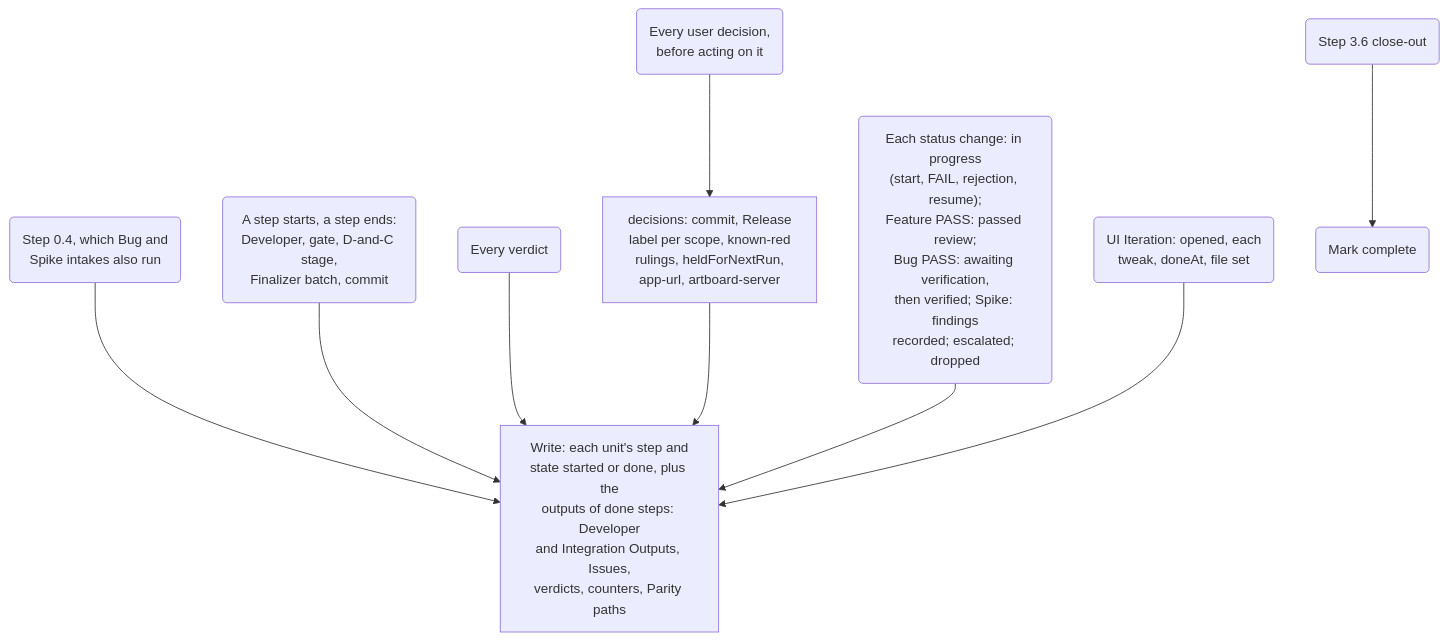
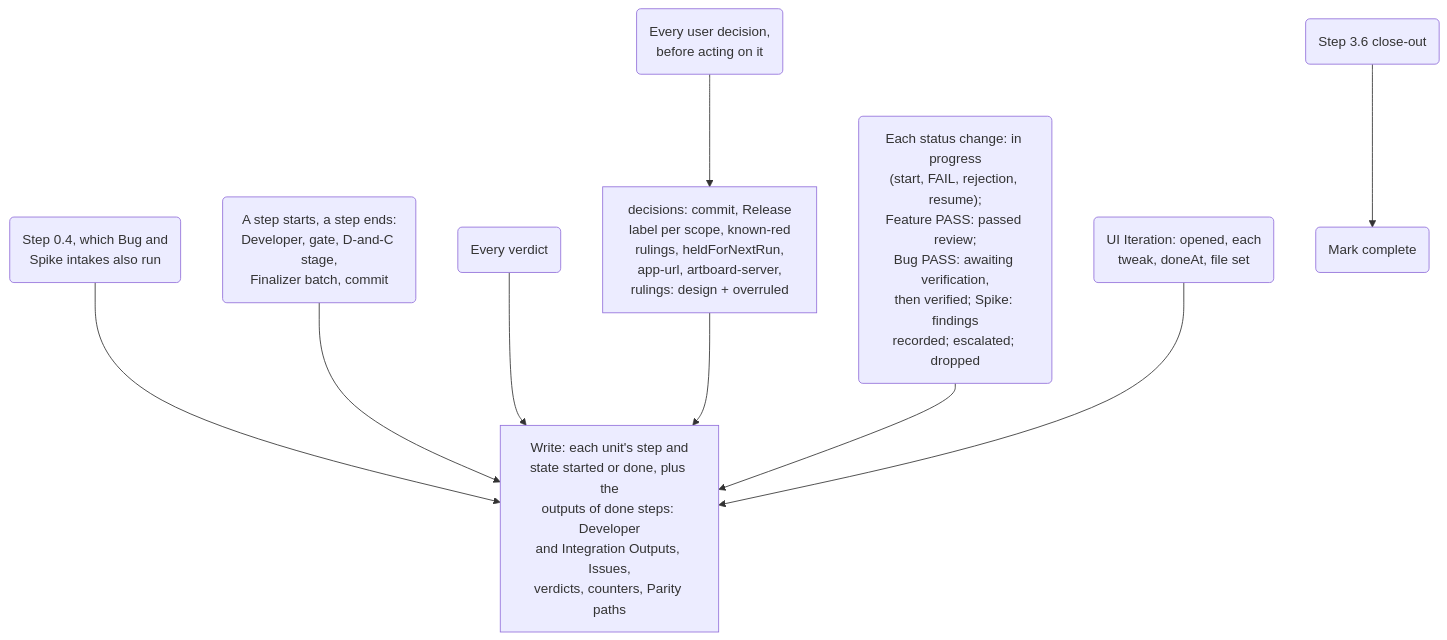
The first of 2 diagrams in skills/plugin-orchestrator-development-pattern/mermaid/13-run-state-and-resume.md (muhammedalikhan86/claude-stash), drawn with Mermaid before and after one commit. The commit also changed other lines of this file and 32 other files, not shown here.

````diff
--- a/skills/plugin-orchestrator-development-pattern/mermaid/13-run-state-and-resume.md
+++ b/skills/plugin-orchestrator-development-pattern/mermaid/13-run-state-and-resume.md
@@ -8,12 +8,12 @@
 ```mermaid
 flowchart TD
     E1("Step 0.4, which Bug and<br/>Spike intakes also run") --> W
     E2("A step starts, a step ends:<br/>Developer, gate, D-and-C stage,<br/>Finalizer batch, commit") --> W
     E3("Every verdict") --> W
-    E4("Every user decision,<br/>before acting on it") --> D["decisions: commit, Release<br/>label per scope, known-red<br/>rulings, heldForNextRun,<br/>app-url, artboard-server"]
+    E4("Every user decision,<br/>before acting on it") --> D["decisions: commit, Release<br/>label per scope, known-red<br/>rulings, heldForNextRun,<br/>app-url, artboard-server,<br/>rulings: design + overruled"]
     D --> W
     E5("Each status change: in progress<br/>(start, FAIL, rejection, resume);<br/>Feature PASS: passed review;<br/>Bug PASS: awaiting verification,<br/>then verified; Spike: findings<br/>recorded; escalated; dropped") --> W
     E6("UI Iteration: opened, each<br/>tweak, doneAt, file set") --> W
     W["Write: each unit's step and<br/>state started or done, plus the<br/>outputs of done steps: Developer<br/>and Integration Outputs, Issues,<br/>verdicts, counters, Parity paths"]
     E8("Step 3.6 close-out") --> C("Mark complete")
 ```
````
